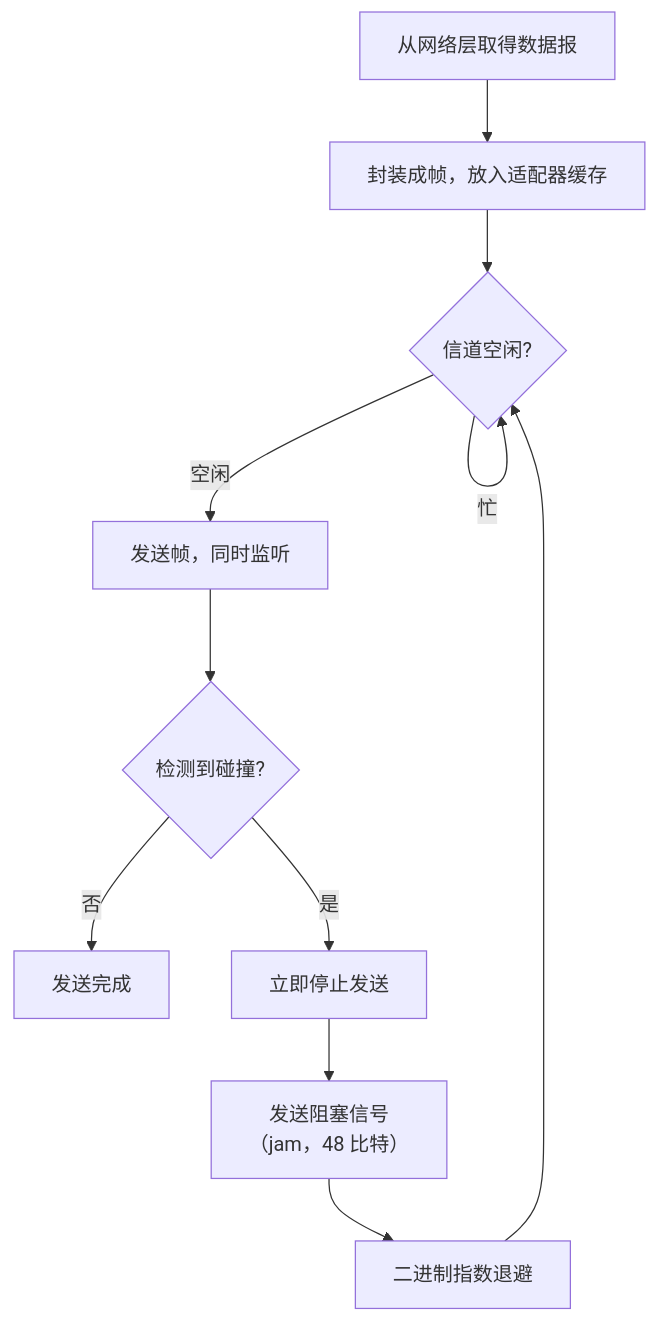
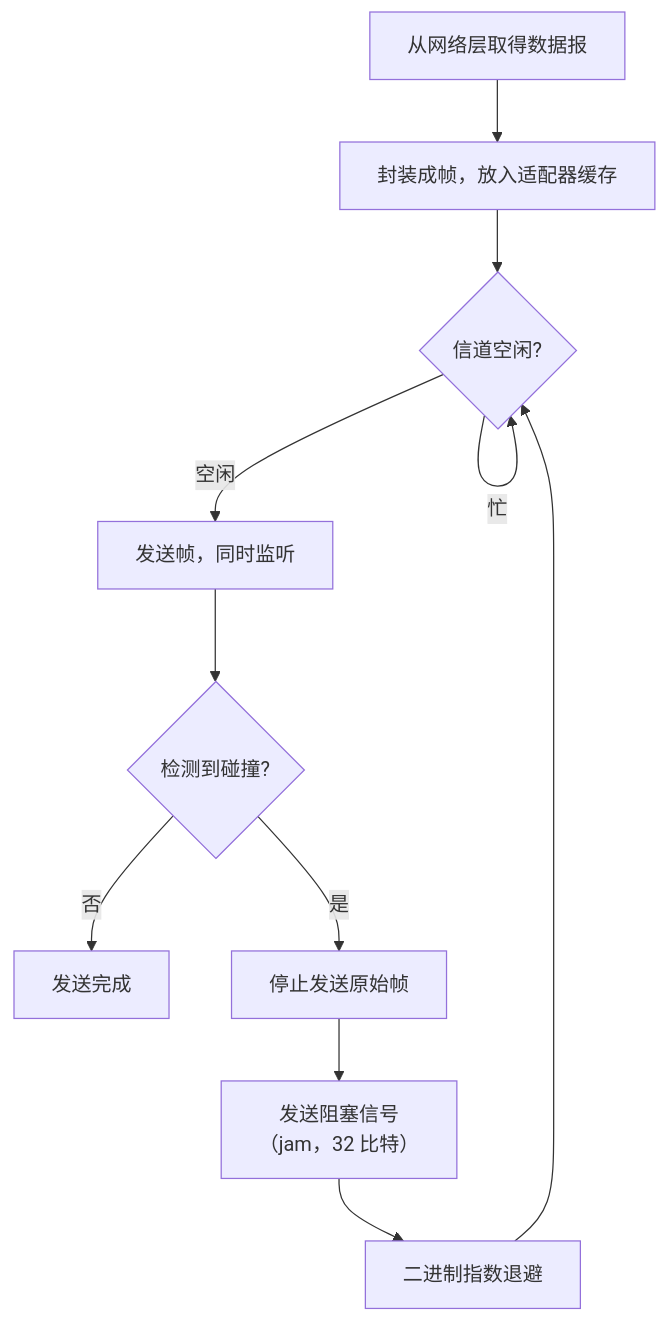
Before and after one commit to Meer-Matze/Meer-Matze.github.io: the fourth of 13 diagrams in src/content/posts/链路层和局域网.md, drawn with Mermaid. The commit also changed other lines of this file, not shown here.

````diff
--- a/src/content/posts/链路层和局域网.md
+++ b/src/content/posts/链路层和局域网.md
@@ -476,13 +426,13 @@
 ```mermaid
 flowchart TD
     A["从网络层取得数据报"] --> B["封装成帧，放入适配器缓存"]
     B --> C{"信道空闲?"}
     C -->|"忙"| C
     C -->|"空闲"| D["发送帧，同时监听"]
     D --> E{"检测到碰撞?"}
     E -->|"否"| F["发送完成"]
-    E -->|"是"| G["立即停止发送"]
-    G --> J["发送阻塞信号<br/>（jam，48 比特）"]
+    E -->|"是"| G["停止发送原始帧"]
+    G --> J["发送阻塞信号<br/>（jam，32 比特）"]
     J --> H["二进制指数退避"]
     H --> C
 ```
````
